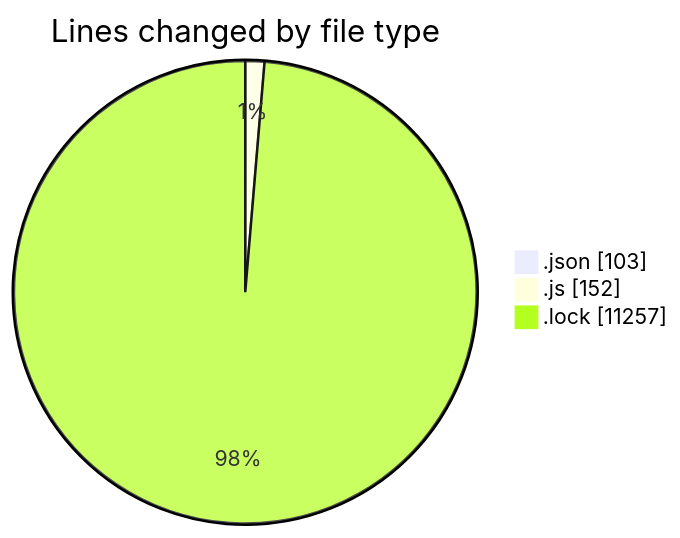
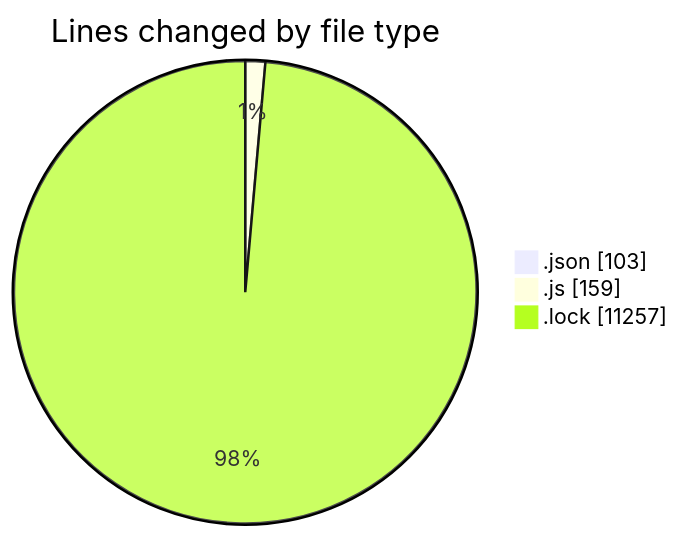
Before and after one commit to momahboobian/code-tracking: the first of 2 diagrams in 2026-01-06/cda/README.md, drawn with Mermaid. The commit also changed other lines of this file and 1 other file, not shown here.

````diff
--- a/2026-01-06/cda/README.md
+++ b/2026-01-06/cda/README.md
@@ -25,7 +25,7 @@
 ```mermaid
 pie showData
 title Lines changed by file type
 ".json" : 103
-".js" : 152
+".js" : 159
 ".lock" : 11257
 ```
````
